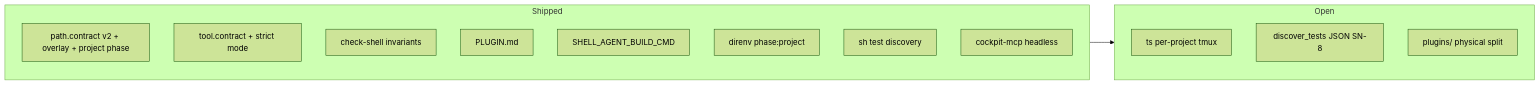
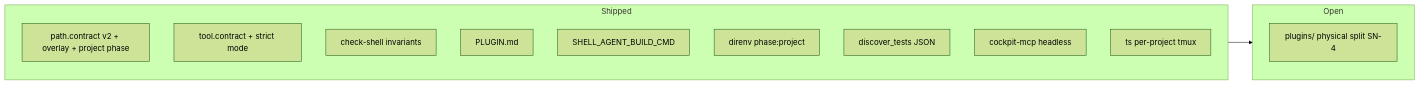
Before and after one commit to p10ns11y/shellyxz.sh: the third of 5 diagrams in arch-design/architecture.md, drawn with Mermaid (forest theme). The commit also changed other lines of this file and 13 other files, not shown here.

First line of the commit message:
Ship SN-TS per-project tmux and SN-8 unified test discovery.

````diff
--- a/arch-design/architecture.md
+++ b/arch-design/architecture.md
@@ -109,19 +109,18 @@
 ```mermaid
 flowchart LR
   subgraph shipped["Shipped"]
     PC[path.contract v2 + overlay + project phase]
     TV[tool.contract + strict mode]
     CK[check-shell invariants]
     PL[PLUGIN.md]
     AG[SHELL_AGENT_BUILD_CMD]
     DV[direnv phase:project]
-    PY[sh test discovery]
+    PY[discover_tests JSON]
     MCP[cockpit-mcp headless]
+    TS[ts per-project tmux]
   end
   subgraph open["Open"]
-    TS[ts per-project tmux]
-    D8[discover_tests JSON SN-8]
-    SP[plugins/ physical split]
+    SP[plugins/ physical split SN-4]
   end
   shipped --> open
 ```
````
